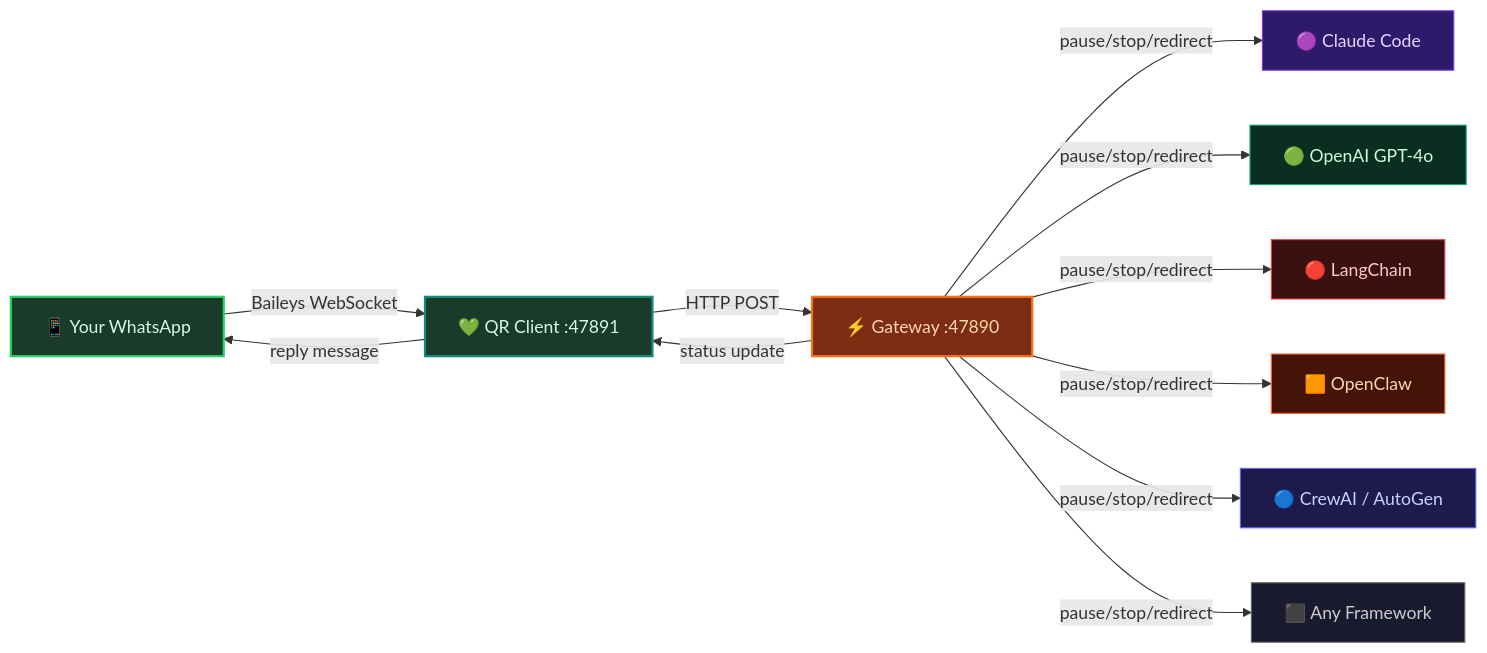
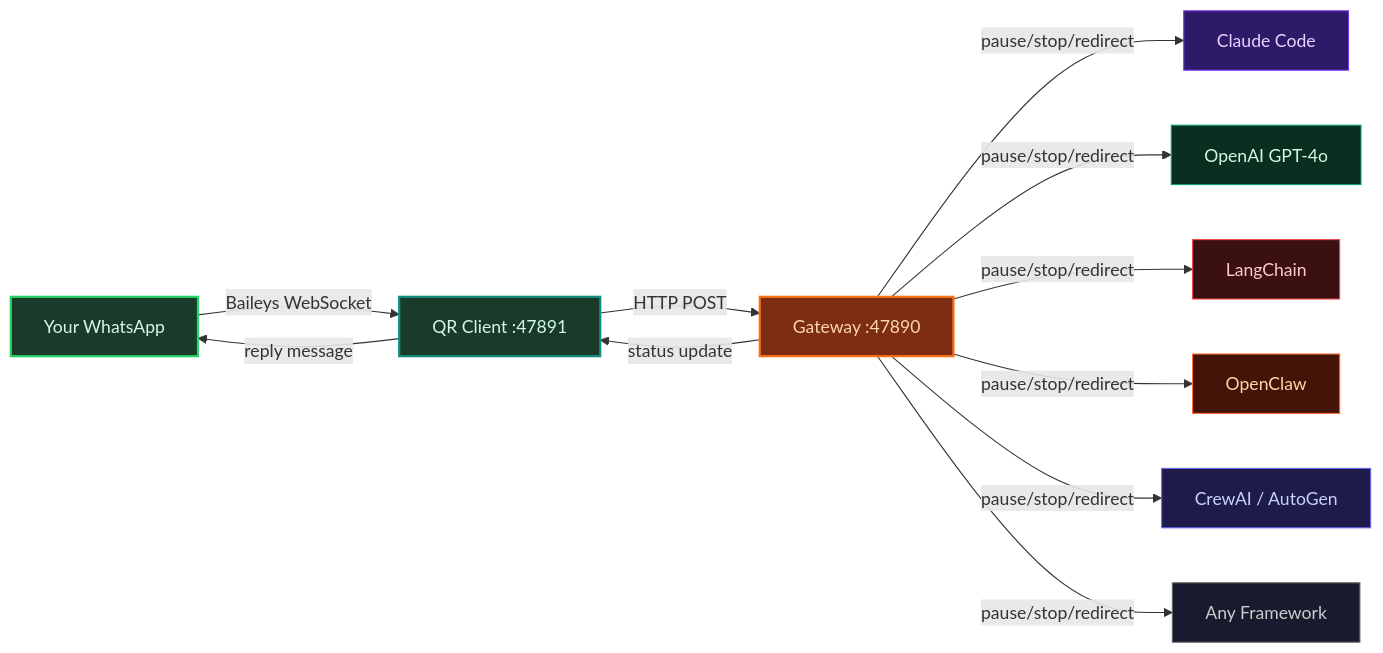
The second of 3 diagrams in README.md (inbharatai/agent-arcade-gateway), drawn with Mermaid before and after one commit. The commit also changed other lines of this file and 9 other files, not shown here.

First line of the commit message:
feat: directive bridge, 3-way sync (WhatsApp ↔ Console ↔ AI), and SSE interlink

````diff
--- a/README.md
+++ b/README.md
@@ -142,23 +243,23 @@
 ```mermaid
 flowchart LR
-  WA["📱 Your WhatsApp"] -->|"Baileys WebSocket"| QR["💚 QR Client :47891"]
-  QR -->|"HTTP POST"| GW["⚡ Gateway :47890"]
-  GW -->|"pause/stop/redirect"| A1["🟣 Claude Code"]
-  GW -->|"pause/stop/redirect"| A2["🟢 OpenAI GPT-4o"]
-  GW -->|"pause/stop/redirect"| A3["🔴 LangChain"]
-  GW -->|"pause/stop/redirect"| A4["🟧 OpenClaw"]
-  GW -->|"pause/stop/redirect"| A5["🔵 CrewAI / AutoGen"]
-  GW -->|"pause/stop/redirect"| A6["⬛ Any Framework"]
+  WA["Your WhatsApp"] -->|"Baileys WebSocket"| QR["QR Client :47891"]
+  QR -->|"HTTP POST"| GW["Gateway :47890"]
+  GW -->|"pause/stop/redirect"| A1["Claude Code"]
+  GW -->|"pause/stop/redirect"| A2["OpenAI GPT-4o"]
+  GW -->|"pause/stop/redirect"| A3["LangChain"]
+  GW -->|"pause/stop/redirect"| A4["OpenClaw"]
+  GW -->|"pause/stop/redirect"| A5["CrewAI / AutoGen"]
+  GW -->|"pause/stop/redirect"| A6["Any Framework"]
   GW -->|"status update"| QR
   QR -->|"reply message"| WA
 
   style WA fill:#1a3a2a,stroke:#25d366,stroke-width:2px,color:#d1fae5
   style QR fill:#1a3a2a,stroke:#128c7e,stroke-width:2px,color:#d1fae5
   style GW fill:#7c2d12,stroke:#f97316,stroke-width:2px,color:#fed7aa
   style A1 fill:#2d1b69,stroke:#7c3aed,stroke-width:1px,color:#e9d5ff
   style A2 fill:#0a2e1f,stroke:#10a37f,stroke-width:1px,color:#d1fae5
   style A3 fill:#3b1010,stroke:#ef4444,stroke-width:1px,color:#fecaca
   style A4 fill:#431407,stroke:#ff6b35,stroke-width:1px,color:#fed7aa
   style A5 fill:#1e1b4b,stroke:#6366f1,stroke-width:1px,color:#c7d2fe
   style A6 fill:#1a1a2e,stroke:#666,stroke-width:1px,color:#ccc
 ```
````
